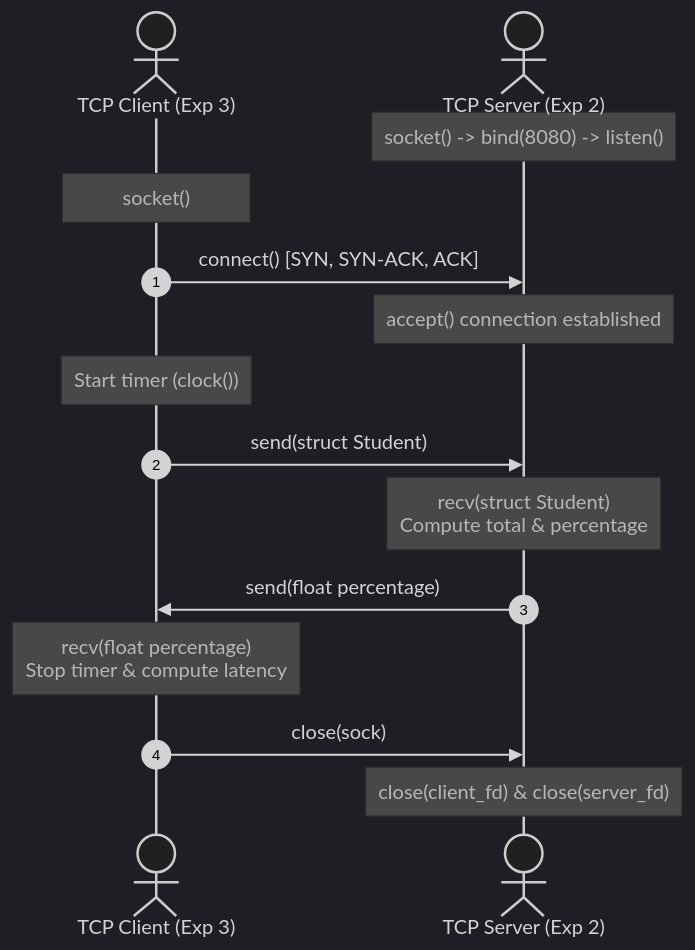
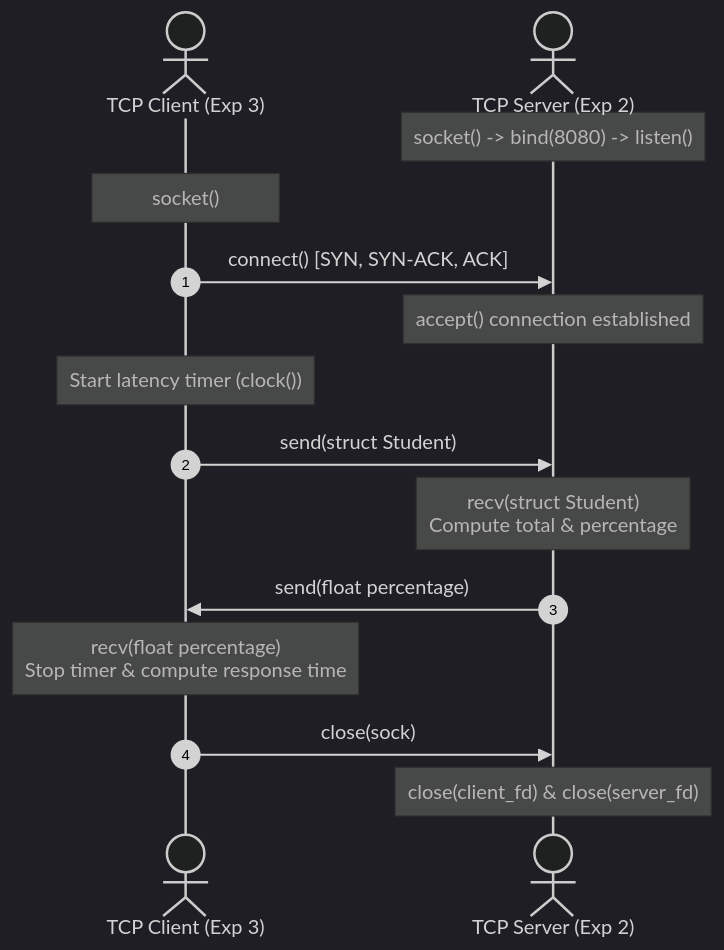
The first of 3 diagrams in README.md (jashchauhan06/cn), drawn with Mermaid (dark theme) before and after one commit. The commit also changed other lines of this file and 9 other files, not shown here.

````diff
--- a/README.md
+++ b/README.md
@@ -84,20 +108,20 @@
 ```mermaid
 sequenceDiagram
     autonumber
     actor Client as TCP Client (Exp 3)
     actor Server as TCP Server (Exp 2)
 
     Note over Server: socket() -> bind(8080) -> listen()
     Note over Client: socket()
     Client->>Server: connect() [SYN, SYN-ACK, ACK]
     Note over Server: accept() connection established
 
-    Note over Client: Start timer (clock())
+    Note over Client: Start latency timer (clock())
     Client->>Server: send(struct Student)
     Note over Server: recv(struct Student)<br/>Compute total & percentage
     Server->>Client: send(float percentage)
-    Note over Client: recv(float percentage)<br/>Stop timer & compute latency
+    Note over Client: recv(float percentage)<br/>Stop timer & compute response time
 
     Client->>Server: close(sock)
     Note over Server: close(client_fd) & close(server_fd)
 ```
````
